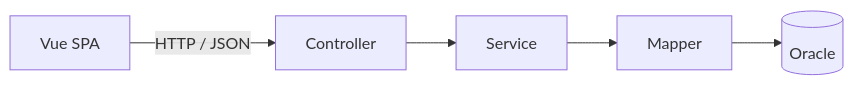
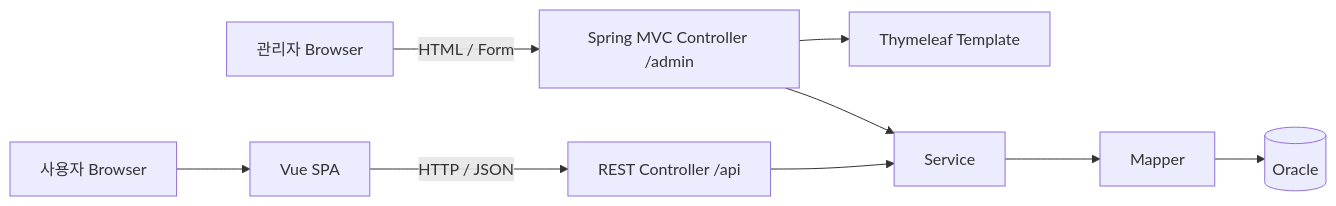
One commit to noblesi/travel-planner changed the diagram in README.md. Above: the diagram before and after it, drawn with Mermaid. The commit also changed other lines of this file, not shown here.

Commit message:
docs: 관리자 화면 Thymeleaf 전환 기준 정리

````diff
--- a/README.md
+++ b/README.md
@@ -19,7 +20,11 @@
 ```mermaid
 flowchart LR
-    A[Vue SPA] -->|HTTP / JSON| B[Controller]
-    B --> C[Service]
-    C --> D[Mapper]
+    U[사용자 Browser] --> V[Vue SPA]
+    V -->|HTTP / JSON| A["REST Controller /api"]
+    M[관리자 Browser] -->|HTML / Form| C["Spring MVC Controller /admin"]
+    C --> T["Thymeleaf Template"]
+    A --> S[Service]
+    C --> S
+    S --> D[Mapper]
     D --> E[(Oracle)]
 ```
````
